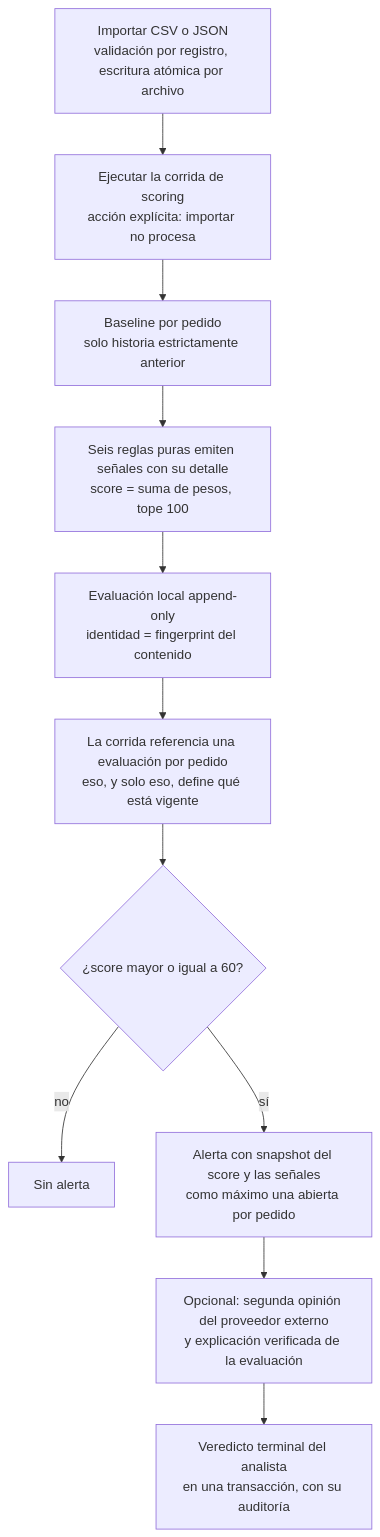
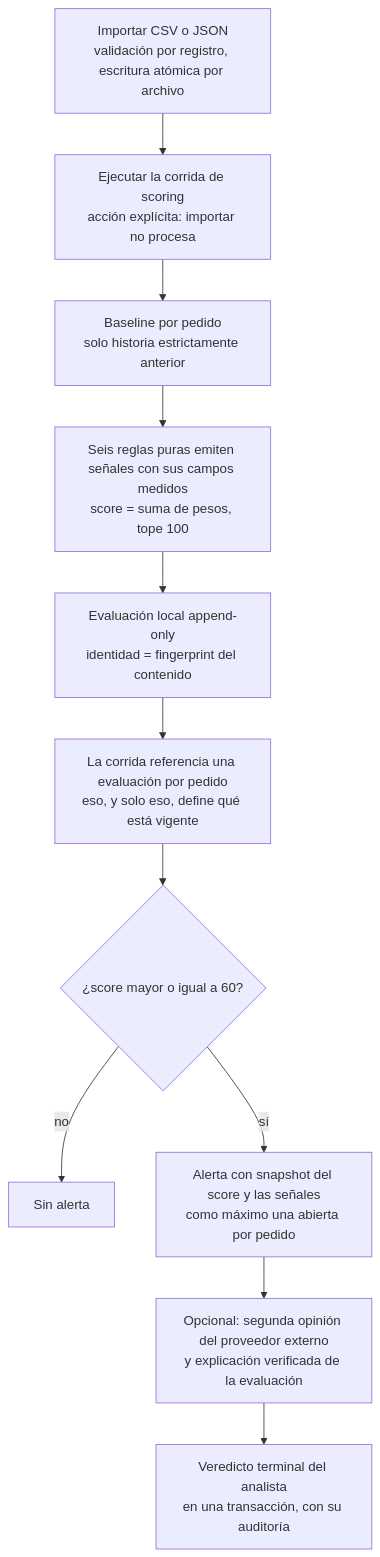
Before and after one commit to unaiaris/Salvo: the first of 4 diagrams in README.md, drawn with Mermaid. The commit also changed other lines of this file, not shown here.

````diff
--- a/README.md
+++ b/README.md
@@ -69,14 +69,14 @@
 ```mermaid
 flowchart TD
     A["Importar CSV o JSON<br/>validación por registro, escritura atómica por archivo"] --> B
     B["Ejecutar la corrida de scoring<br/>acción explícita: importar no procesa"] --> C
     C["Baseline por pedido<br/>solo historia estrictamente anterior"] --> D
-    D["Seis reglas puras emiten señales con su detalle<br/>score = suma de pesos, tope 100"] --> E
+    D["Seis reglas puras emiten señales con sus campos medidos<br/>score = suma de pesos, tope 100"] --> E
     E["Evaluación local append-only<br/>identidad = fingerprint del contenido"] --> F
     F["La corrida referencia una evaluación por pedido<br/>eso, y solo eso, define qué está vigente"] --> G
     G{"¿score mayor o igual a 60?"}
     G -->|no| H["Sin alerta"]
     G -->|sí| I["Alerta con snapshot del score y las señales<br/>como máximo una abierta por pedido"]
     I --> J["Opcional: segunda opinión del proveedor externo<br/>y explicación verificada de la evaluación"]
     J --> K["Veredicto terminal del analista<br/>en una transacción, con su auditoría"]
 ```
````
